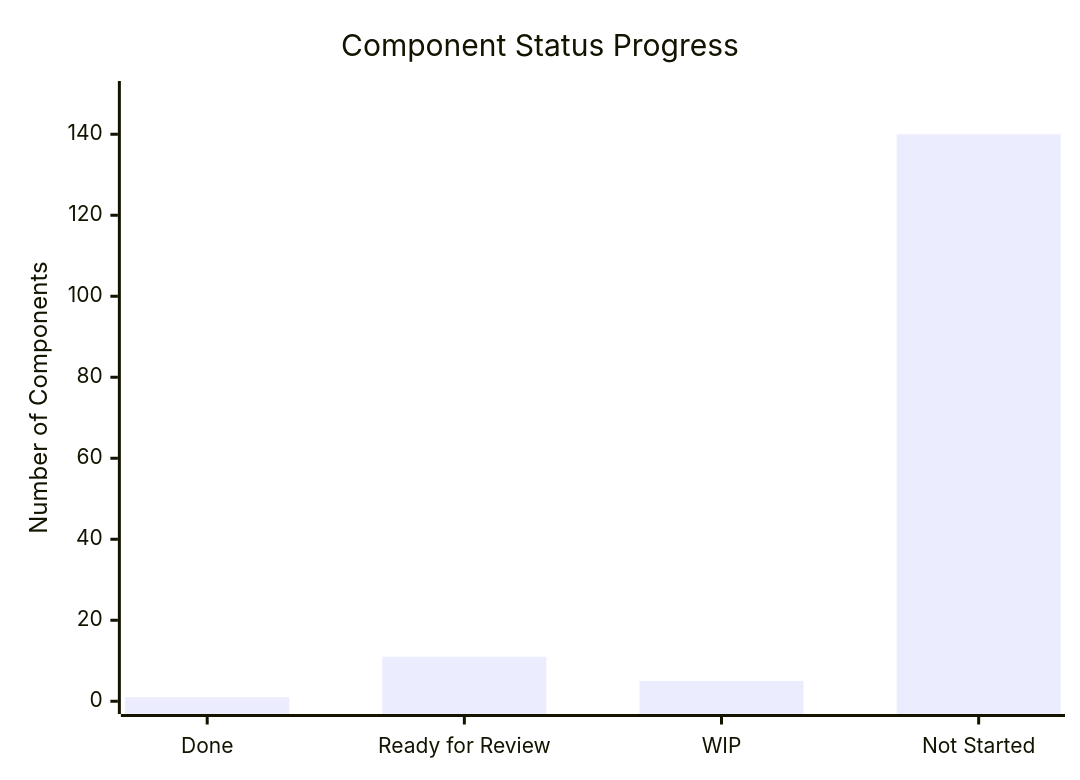
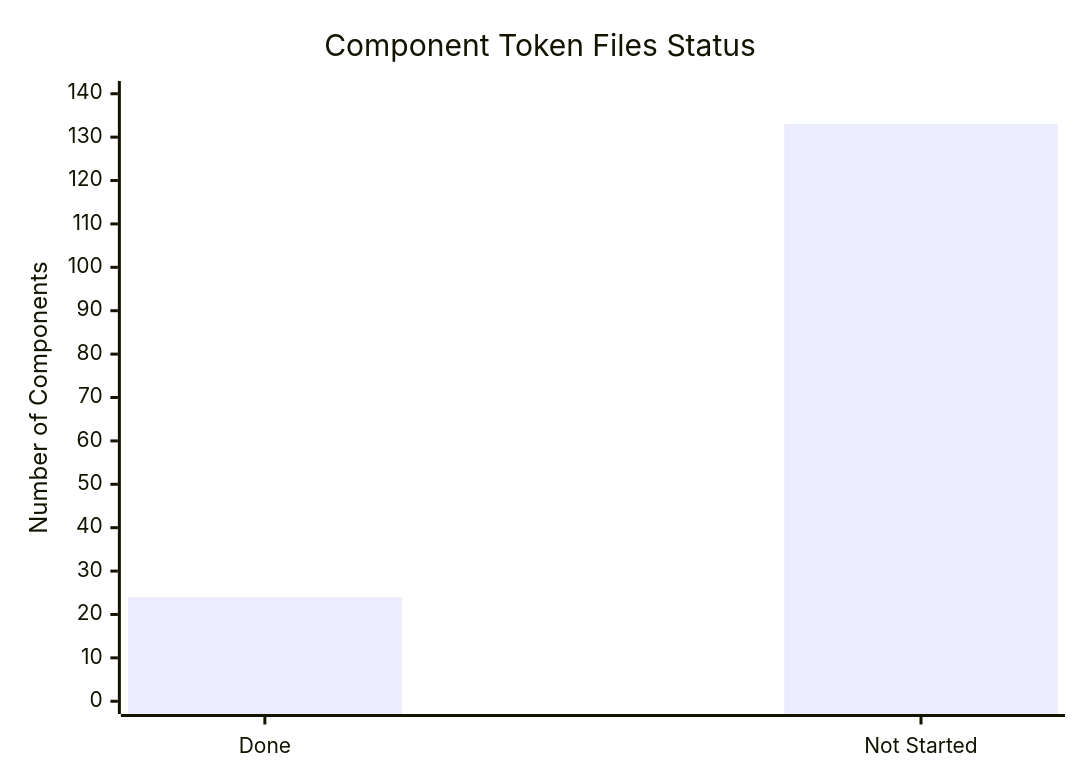
One commit to thisisashwinks/HighRise-Tokens changed the second of 3 diagrams in PROJECT_STATUS_TRACKER.md. Above: the diagram before and after it, drawn with Mermaid. The commit also changed other lines of this file and 2 other files, not shown here.

First line of the commit message:
Remove Final Button Validation Report and update project status tracker

````diff
--- a/PROJECT_STATUS_TRACKER.md
+++ b/PROJECT_STATUS_TRACKER.md
@@ -287,7 +332,7 @@
 ```mermaid
 xychart-beta
-    title "Component Status Progress"
-    x-axis ["Done", "Ready for Review", "WIP", "Not Started"]
-    y-axis "Number of Components" 0 --> 150
-    bar [1, 11, 5, 140]
+    title "Component Token Files Status"
+    x-axis ["Done", "Not Started"]
+    y-axis "Number of Components" 0 --> 140
+    bar [24, 133]
 ```
````
